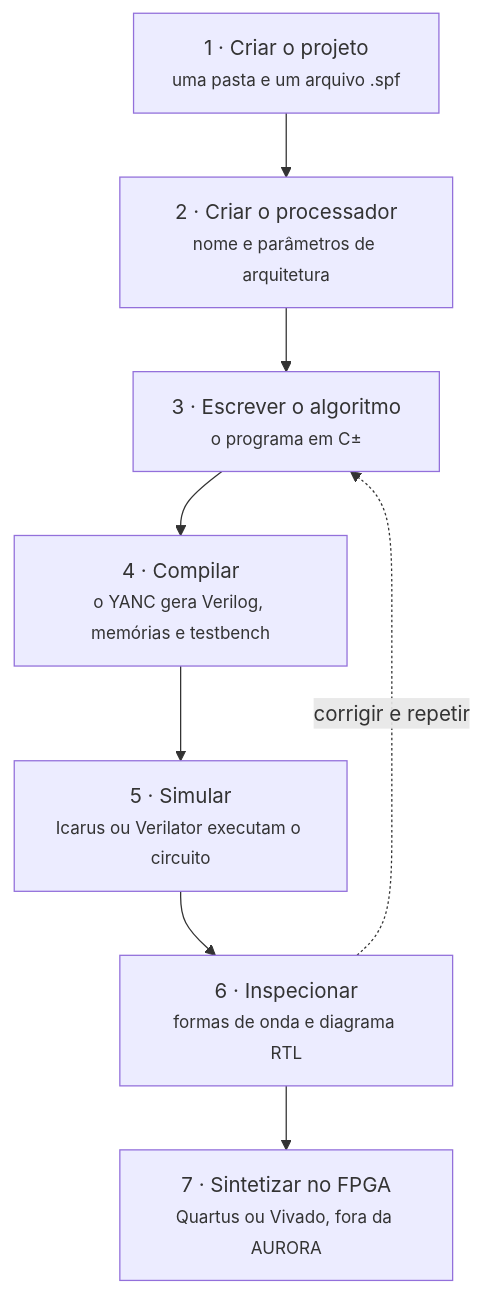
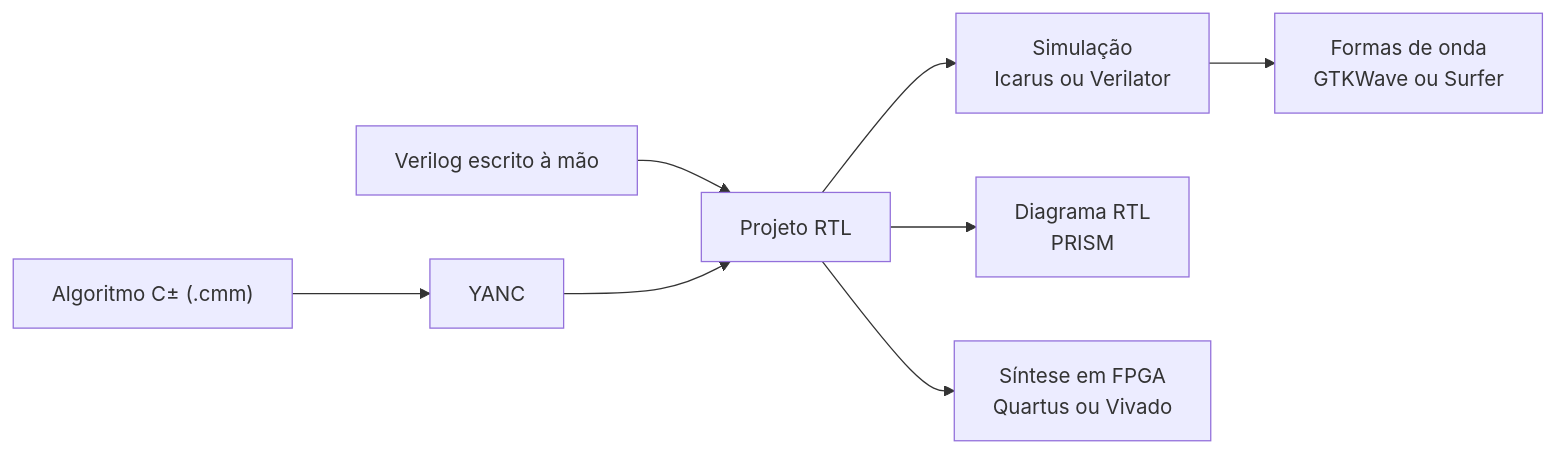
The diagram in source/inicio/o-que-e.md (nipscernlab/docs_aurora), drawn with Mermaid before and after one commit. The commit also changed other lines of this file and 156 other files, not shown here.

````diff
--- a/source/inicio/o-que-e.md
+++ b/source/inicio/o-que-e.md
@@ -98,12 +46,10 @@
 ```{mermaid}
-flowchart TD
-  P["1 · Criar o projeto<br><small>uma pasta e um arquivo .spf</small>"]
-  Q["2 · Criar o processador<br><small>nome e parâmetros de arquitetura</small>"]
-  R["3 · Escrever o algoritmo<br><small>o programa em C±</small>"]
-  S["4 · Compilar<br><small>o YANC gera Verilog, memórias e testbench</small>"]
-  T["5 · Simular<br><small>Icarus ou Verilator executam o circuito</small>"]
-  U["6 · Inspecionar<br><small>formas de onda e diagrama RTL</small>"]
-  V["7 · Sintetizar no FPGA<br><small>Quartus ou Vivado, fora da AURORA</small>"]
-  P --> Q --> R --> S --> T --> U --> V
-  U -.->|corrigir e repetir| R
+flowchart LR
+  V["Verilog escrito à mão"] --> RTL["Projeto RTL"]
+  CMM["Algoritmo C± (.cmm)"] --> YANC["YANC"]
+  YANC --> RTL
+  RTL --> SIM["Simulação<br>Icarus ou Verilator"]
+  SIM --> WAVE["Formas de onda<br>GTKWave ou Surfer"]
+  RTL --> PRISM["Diagrama RTL<br>PRISM"]
+  RTL --> FPGA["Síntese em FPGA<br>Quartus ou Vivado"]
 ```
````
